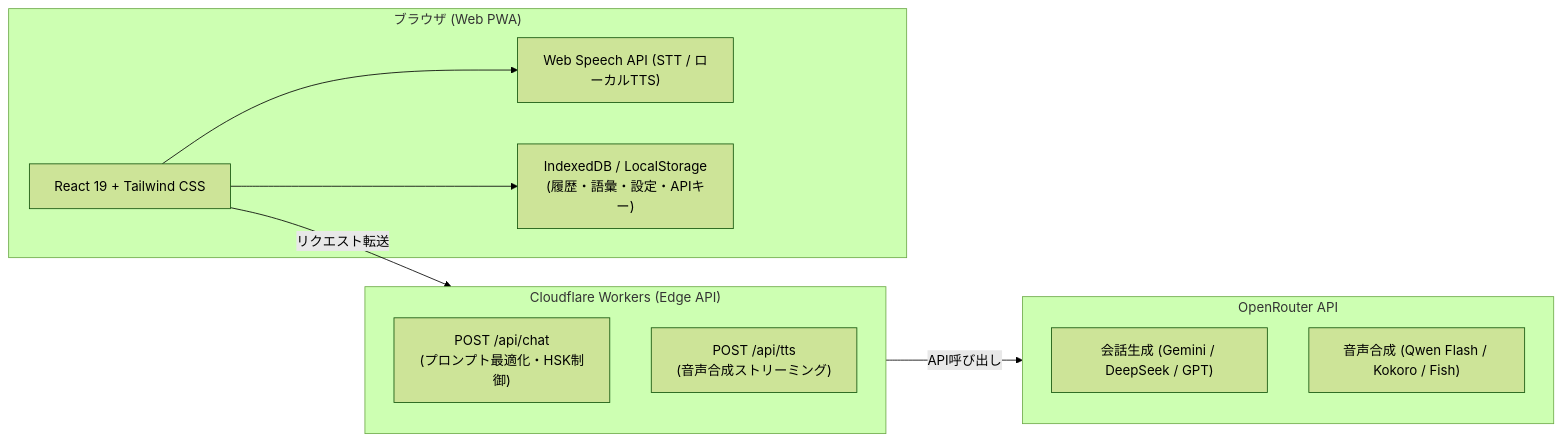
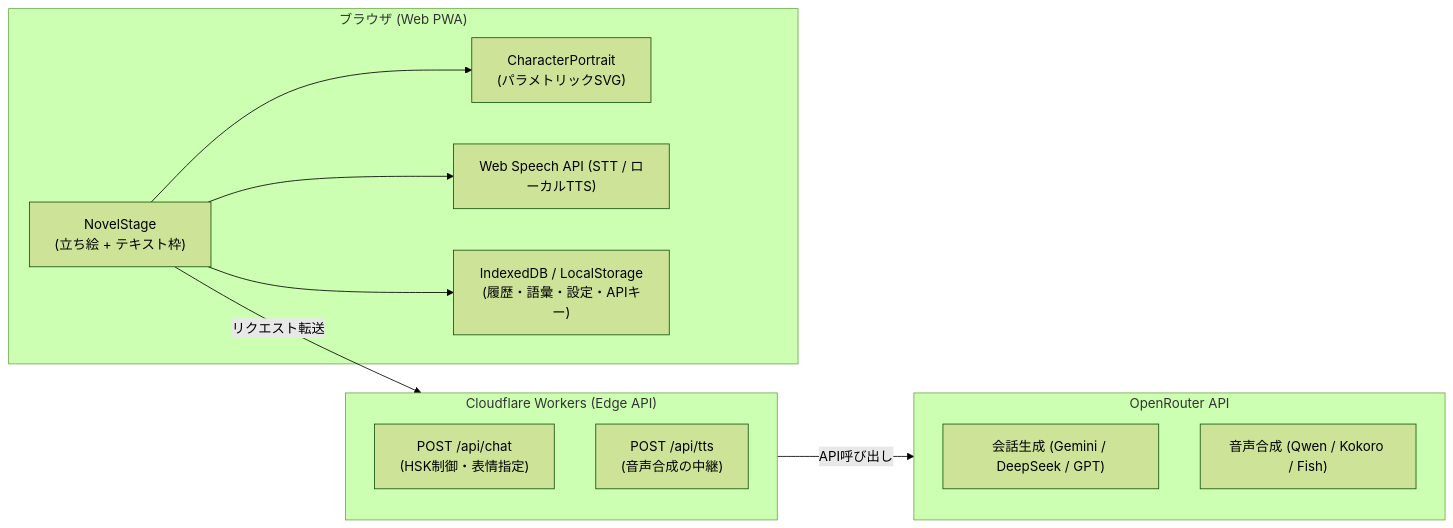
One commit to Satoshi-Hiramatsu/try-chinese changed the diagram in README.md. Above: the diagram before and after it, drawn with Mermaid (forest theme). The commit also changed other lines of this file and 15 other files, not shown here.

````diff
--- a/README.md
+++ b/README.md
@@ -117,23 +221,25 @@
 ```mermaid
 flowchart LR
     subgraph Client["ブラウザ (Web PWA)"]
-        UI["React 19 + Tailwind CSS"]
+        Stage["NovelStage<br>(立ち絵 + テキスト枠)"]
+        Portrait["CharacterPortrait<br>(パラメトリックSVG)"]
         Speech["Web Speech API (STT / ローカルTTS)"]
         Storage["IndexedDB / LocalStorage<br>(履歴・語彙・設定・APIキー)"]
     end
 
     subgraph Server["Cloudflare Workers (Edge API)"]
-        ChatRoute["POST /api/chat<br>(プロンプト最適化・HSK制御)"]
-        TtsRoute["POST /api/tts<br>(音声合成ストリーミング)"]
+        ChatRoute["POST /api/chat<br>(HSK制御・表情指定)"]
+        TtsRoute["POST /api/tts<br>(音声合成の中継)"]
     end
 
     subgraph AI["OpenRouter API"]
         LLM["会話生成 (Gemini / DeepSeek / GPT)"]
-        TTS["音声合成 (Qwen Flash / Kokoro / Fish)"]
+        TTS["音声合成 (Qwen / Kokoro / Fish)"]
     end
 
-    UI --> Storage
-    UI --> Speech
-    UI -->|リクエスト転送| Server
+    Stage --> Portrait
+    Stage --> Storage
+    Stage --> Speech
+    Stage -->|リクエスト転送| Server
     Server -->|API呼び出し| AI
 ```
````
